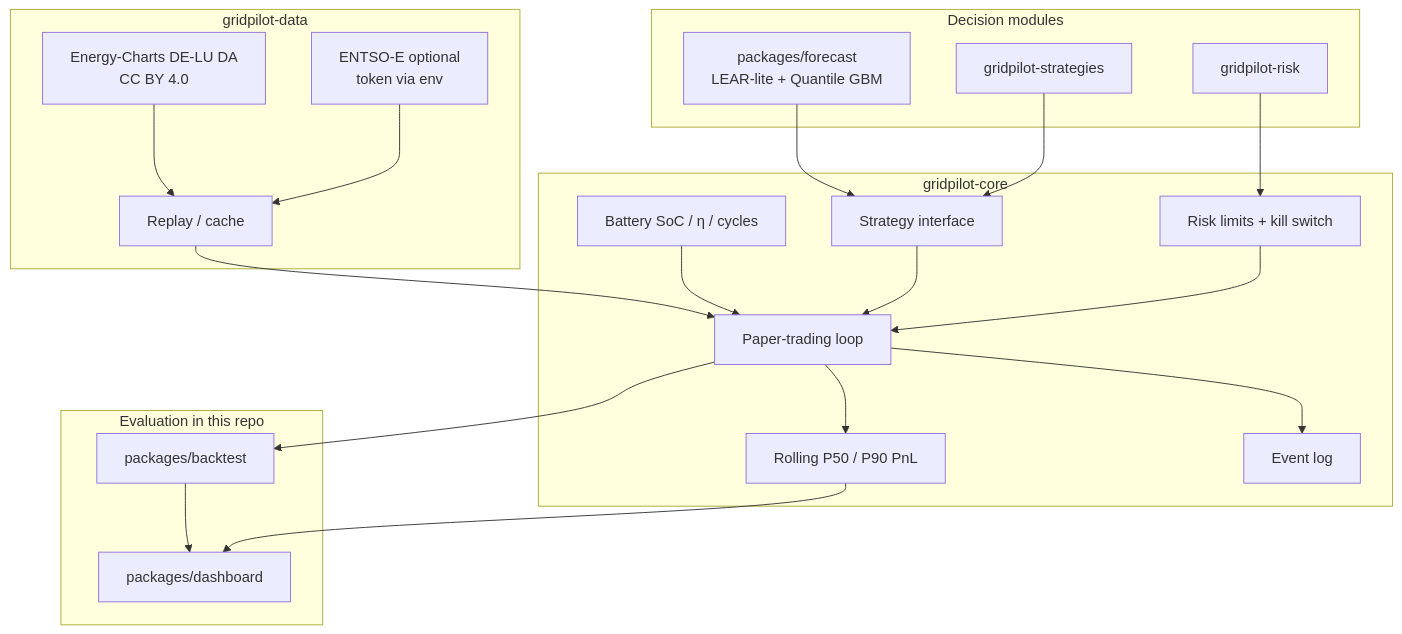
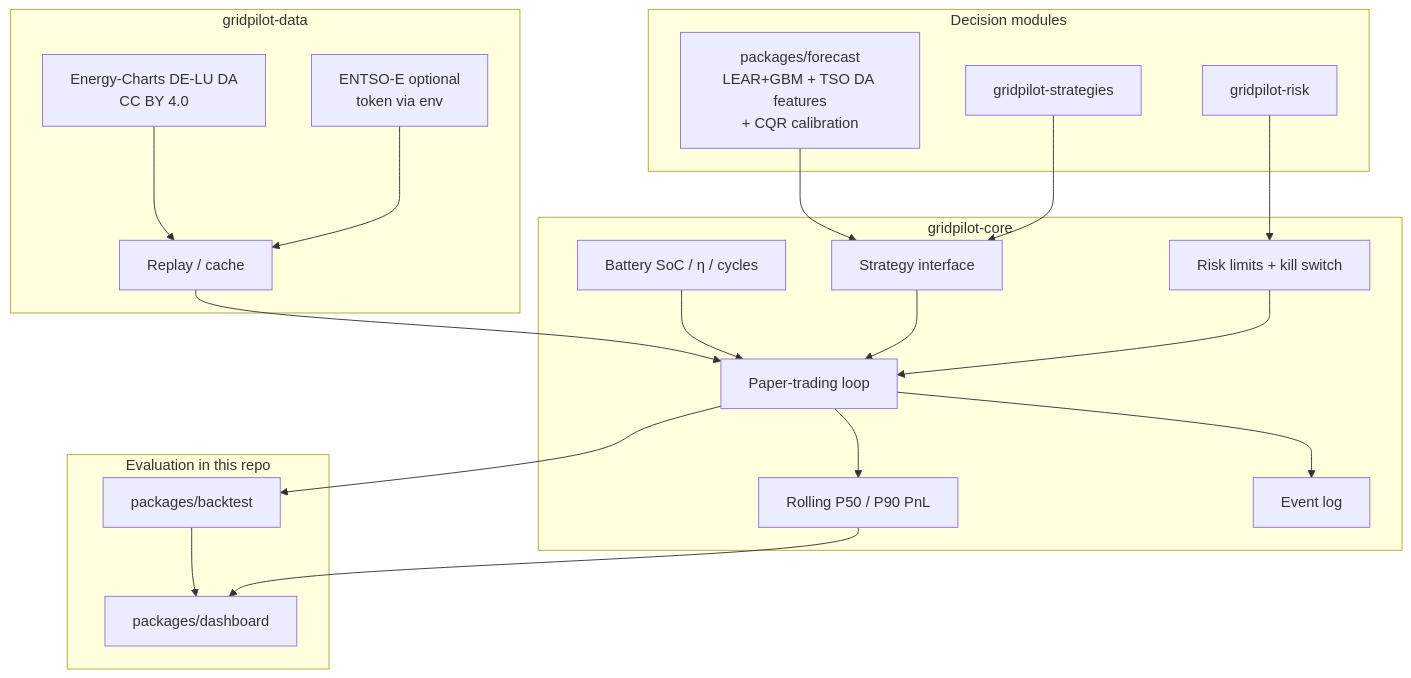
One commit to DataWithSyed/gridpilot changed the diagram in README.md. Above: the diagram before and after it, drawn with Mermaid. The commit also changed other lines of this file and 20 other files, not shown here.

First line of the commit message:
Add fundamentals features, CQR calibration, and 12-month backtest

````diff
--- a/README.md
+++ b/README.md
@@ -15,43 +15,43 @@
 ```mermaid
 flowchart TB
   subgraph data [gridpilot-data]
     EC[Energy-Charts DE-LU DA<br/>CC BY 4.0]
     ENTSO[ENTSO-E optional<br/>token via env]
     Replay[Replay / cache]
   end
 
   subgraph core [gridpilot-core]
     Batt[Battery SoC / η / cycles]
     StratIF[Strategy interface]
     RiskCore[Risk limits + kill switch]
     Paper[Paper-trading loop]
     Pctl[Rolling P50 / P90 PnL]
     Log[Event log]
   end
 
   subgraph brain [Decision modules]
-    FC["packages/forecast<br/>LEAR-lite + Quantile GBM"]
+    FC["packages/forecast<br/>LEAR+GBM + TSO DA features<br/>+ CQR calibration"]
     STR[gridpilot-strategies]
     RSK[gridpilot-risk]
   end
 
   subgraph eval [Evaluation in this repo]
     BT[packages/backtest]
     UI[packages/dashboard]
   end
 
   EC --> Replay
   ENTSO --> Replay
   Replay --> Paper
   Batt --> Paper
   StratIF --> Paper
   RiskCore --> Paper
   Paper --> Log
   Paper --> Pctl
   FC --> StratIF
   STR --> StratIF
   RSK --> RiskCore
   Paper --> BT
   BT --> UI
   Pctl --> UI
 ```
````
